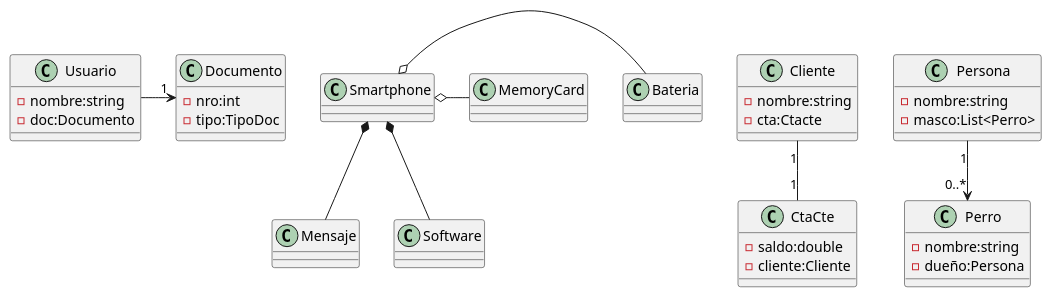
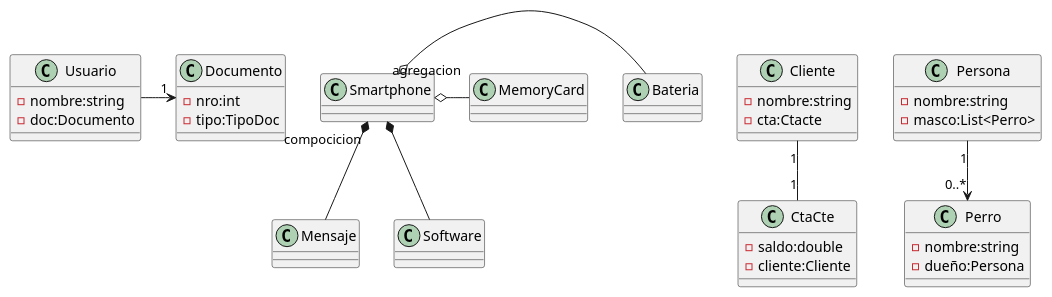
Before and after one commit to SecondPort/DOO1: the diagram in Java/src/Ejer1.puml, drawn with PlantUML.

Commit message:
actualizacion uml

```diff
--- a/Java/src/Ejer1.puml
+++ b/Java/src/Ejer1.puml
@@ -1,50 +1,50 @@
 @startuml
 Cliente "1" -- "1" CtaCte
 Usuario -> "1" Documento
 Persona "1"--> "0..*" Perro
 
 /'Asociacion'/
 class Cliente{
 -nombre:string
 -cta:Ctacte
 }
 
 class CtaCte{
 -saldo:double
 -cliente:Cliente
 }
 
 /'Asociacion direccional'/
 class Usuario{
 -nombre:string
 -doc:Documento
 }
 
 class Documento{
 -nro:int
 -tipo:TipoDoc
 }
 
 
 /'Asociacion multidireccional con multiplicidad *(n)'/
 class Persona{
 -nombre:string
 -masco:List<Perro>
 }
 class Perro{
 -nombre:string
 -dueño:Persona
 }
 /'Agregacion y composicion'/
 Smartphone o- Bateria
-Smartphone o- MemoryCard
-Smartphone *-- Mensaje
+Smartphone  o- "agregacion" MemoryCard /'agregacion'/
+Smartphone "compocicion" *-- Mensaje /'compocicion'/
 Smartphone *-- Software
 
 class Smartphone{}
 class Bateria{}
 class MemoryCard{}
 class Mensaje{}
 class Software{}
 
 @enduml
```
